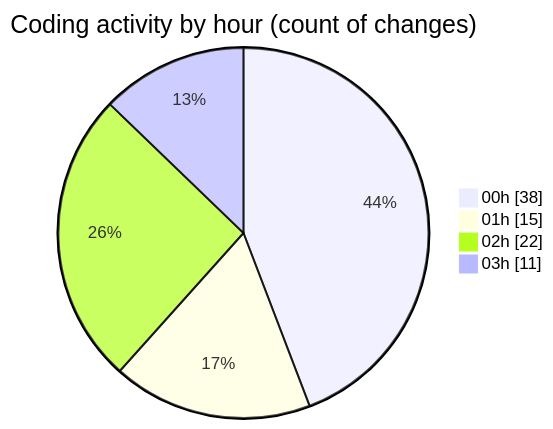
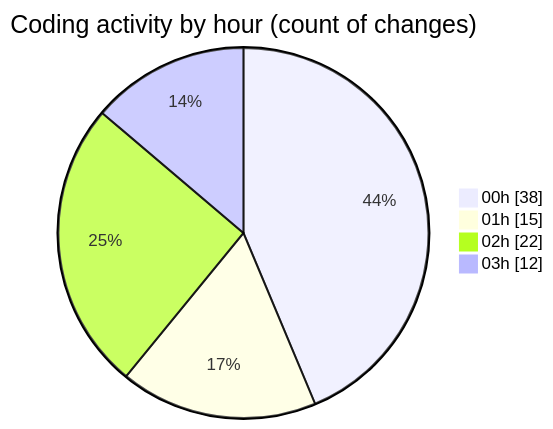
The second of 2 diagrams in 2025-03-08/uber_clone/README.md (donsfak/code-tracking), drawn with Mermaid before and after one commit. The commit also changed other lines of this file and 1 other file, not shown here.

````diff
--- a/2025-03-08/uber_clone/README.md
+++ b/2025-03-08/uber_clone/README.md
@@ -34,8 +34,8 @@
 ```mermaid
 pie showData
 title Coding activity by hour (count of changes)
 "00h" : 38
 "01h" : 15
 "02h" : 22
-"03h" : 11
+"03h" : 12
 ```
````
